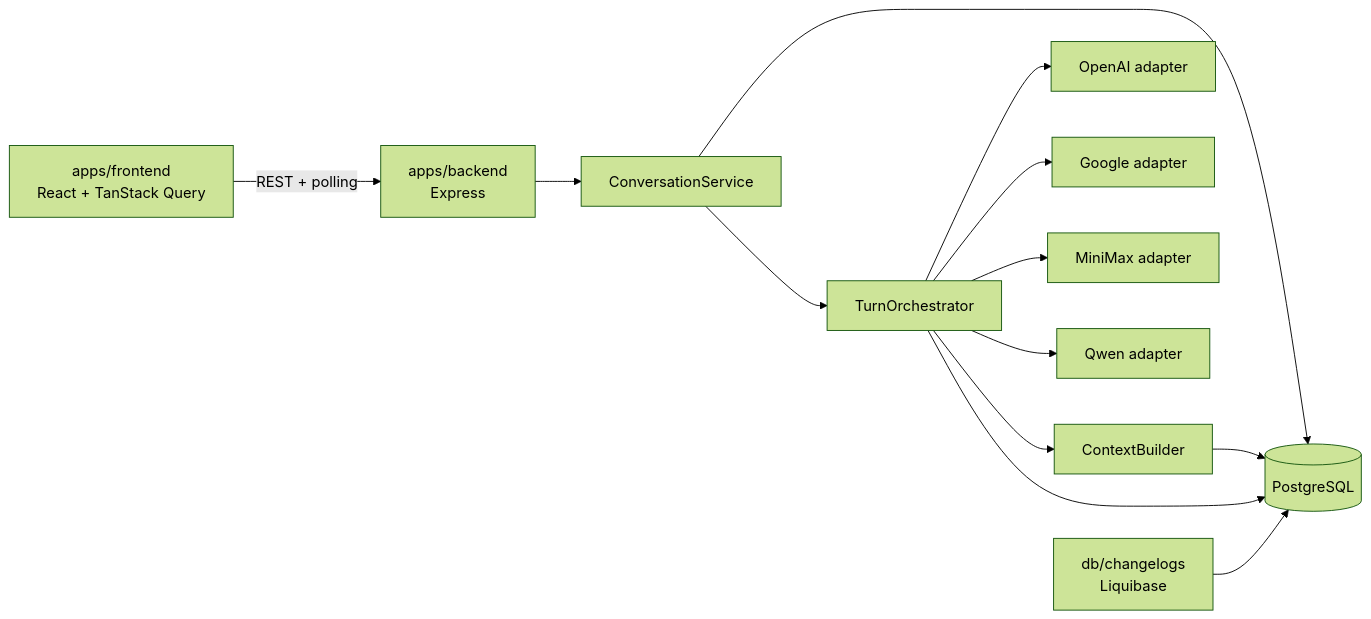
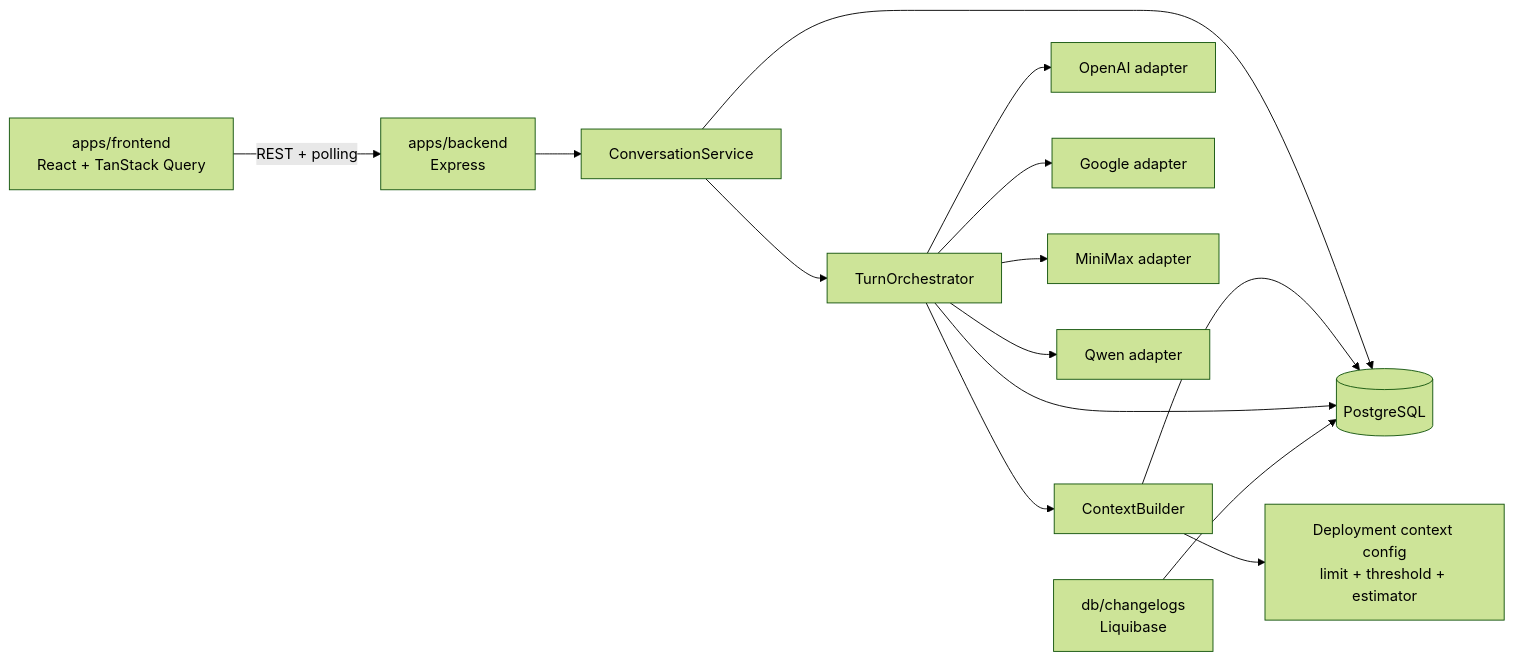
The diagram in specs/001-compare-llm-responses/plan.md (junforever/modelfuse), drawn with Mermaid (forest theme) before and after one commit. The commit also changed other lines of this file and 6 other files, not shown here.

````diff
--- a/specs/001-compare-llm-responses/plan.md
+++ b/specs/001-compare-llm-responses/plan.md
@@ -83,15 +96,16 @@
 ```mermaid
 flowchart LR
     UI["apps/frontend<br/>React + TanStack Query"] -->|REST + polling| API["apps/backend<br/>Express"]
     API --> CS["ConversationService"]
     CS --> DB[("PostgreSQL")]
     CS --> ORCH["TurnOrchestrator"]
     ORCH --> CTX["ContextBuilder"]
     CTX --> DB
+    CTX --> CAP["Deployment context config<br/>limit + threshold + estimator"]
     ORCH --> OA["OpenAI adapter"]
     ORCH --> GG["Google adapter"]
     ORCH --> MM["MiniMax adapter"]
     ORCH --> QW["Qwen adapter"]
     ORCH --> DB
     LIQ["db/changelogs<br/>Liquibase"] --> DB
 ```
````
